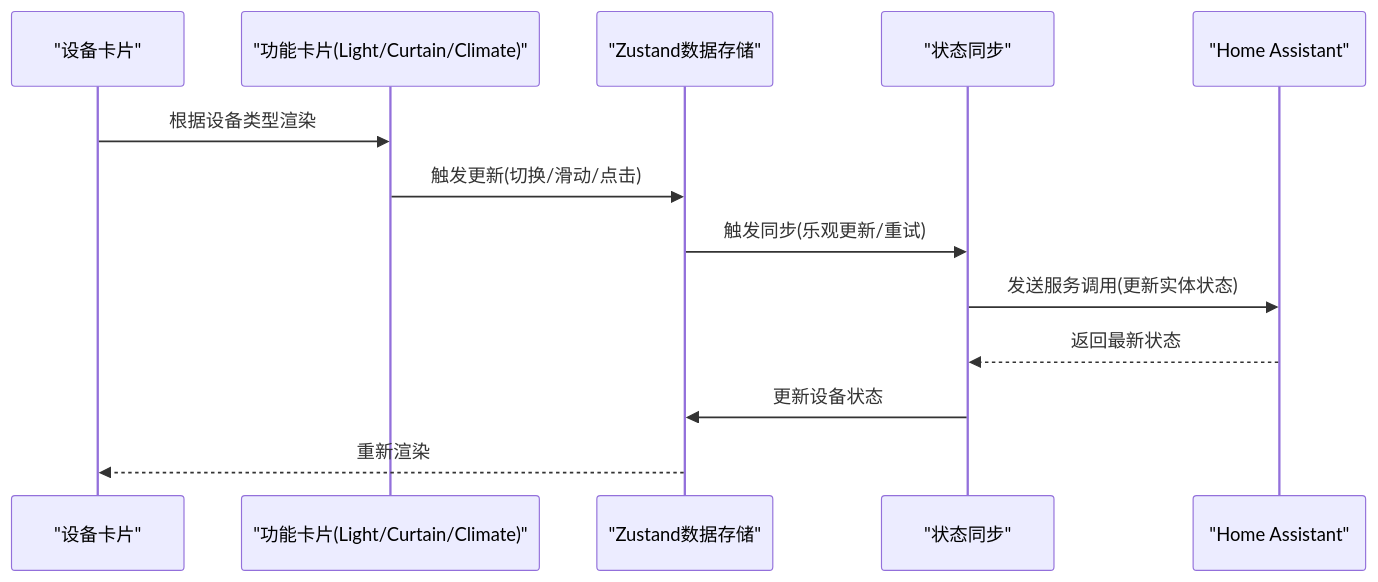
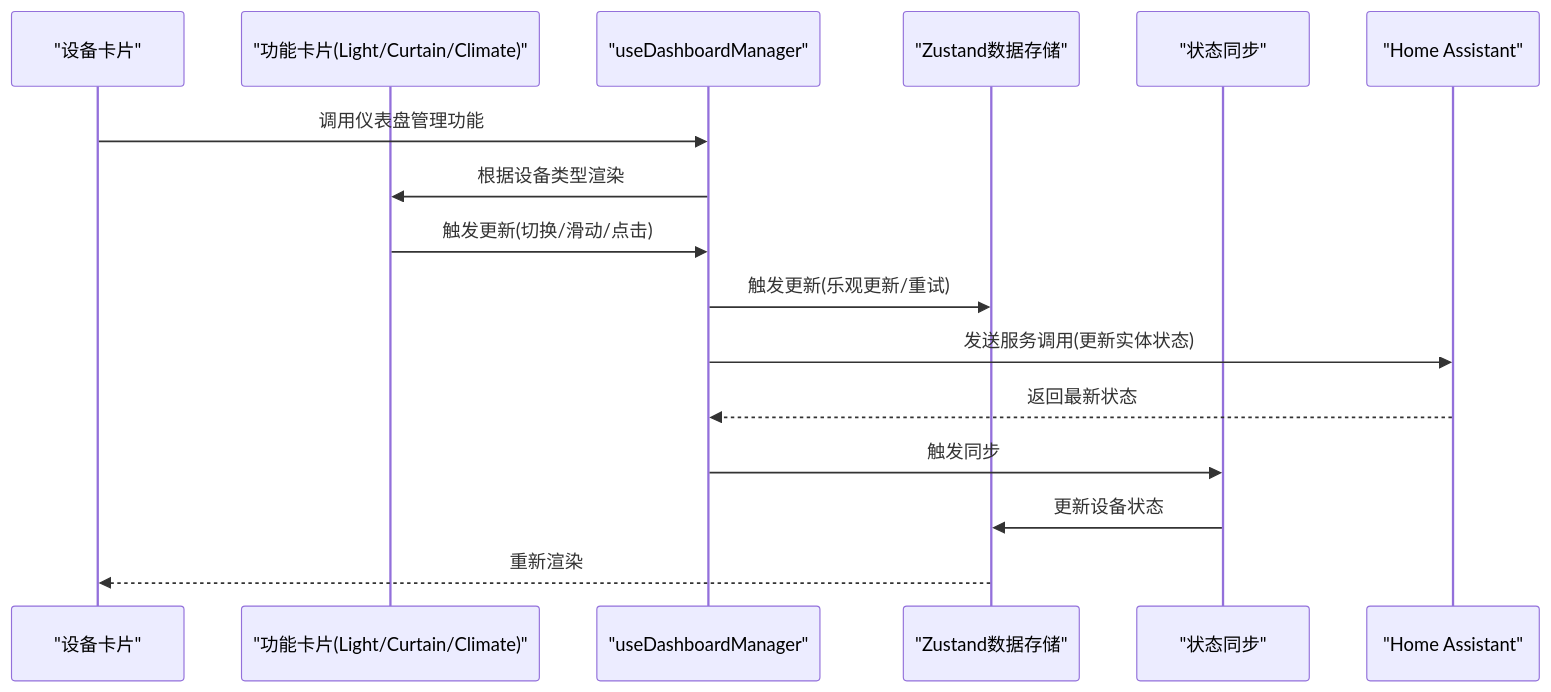
One commit to skyeyinkun/HAUI changed the second of 11 diagrams in .qoder/repowiki/zh/content/设备控制模块/设备控制模块.md. Above: the diagram before and after it, drawn with Mermaid. The commit also changed other lines of this file and 14 other files, not shown here.

````diff
--- a/.qoder/repowiki/zh/content/设备控制模块/设备控制模块.md
+++ b/.qoder/repowiki/zh/content/设备控制模块/设备控制模块.md
@@ -130,15 +157,18 @@
 ```mermaid
 sequenceDiagram
 participant UI as "设备卡片"
 participant Cards as "功能卡片(Light/Curtain/Climate)"
+participant Hook as "useDashboardManager"
 participant Store as "Zustand数据存储"
 participant Sync as "状态同步"
 participant HA as "Home Assistant"
-UI->>Cards : 根据设备类型渲染
-Cards->>Store : 触发更新(切换/滑动/点击)
-Store->>Sync : 触发同步(乐观更新/重试)
-Sync->>HA : 发送服务调用(更新实体状态)
-HA-->>Sync : 返回最新状态
+UI->>Hook : 调用仪表盘管理功能
+Hook->>Cards : 根据设备类型渲染
+Cards->>Hook : 触发更新(切换/滑动/点击)
+Hook->>Store : 触发更新(乐观更新/重试)
+Hook->>HA : 发送服务调用(更新实体状态)
+HA-->>Hook : 返回最新状态
+Hook->>Sync : 触发同步
 Sync->>Store : 更新设备状态
 Store-->>UI : 重新渲染
 ```
````
